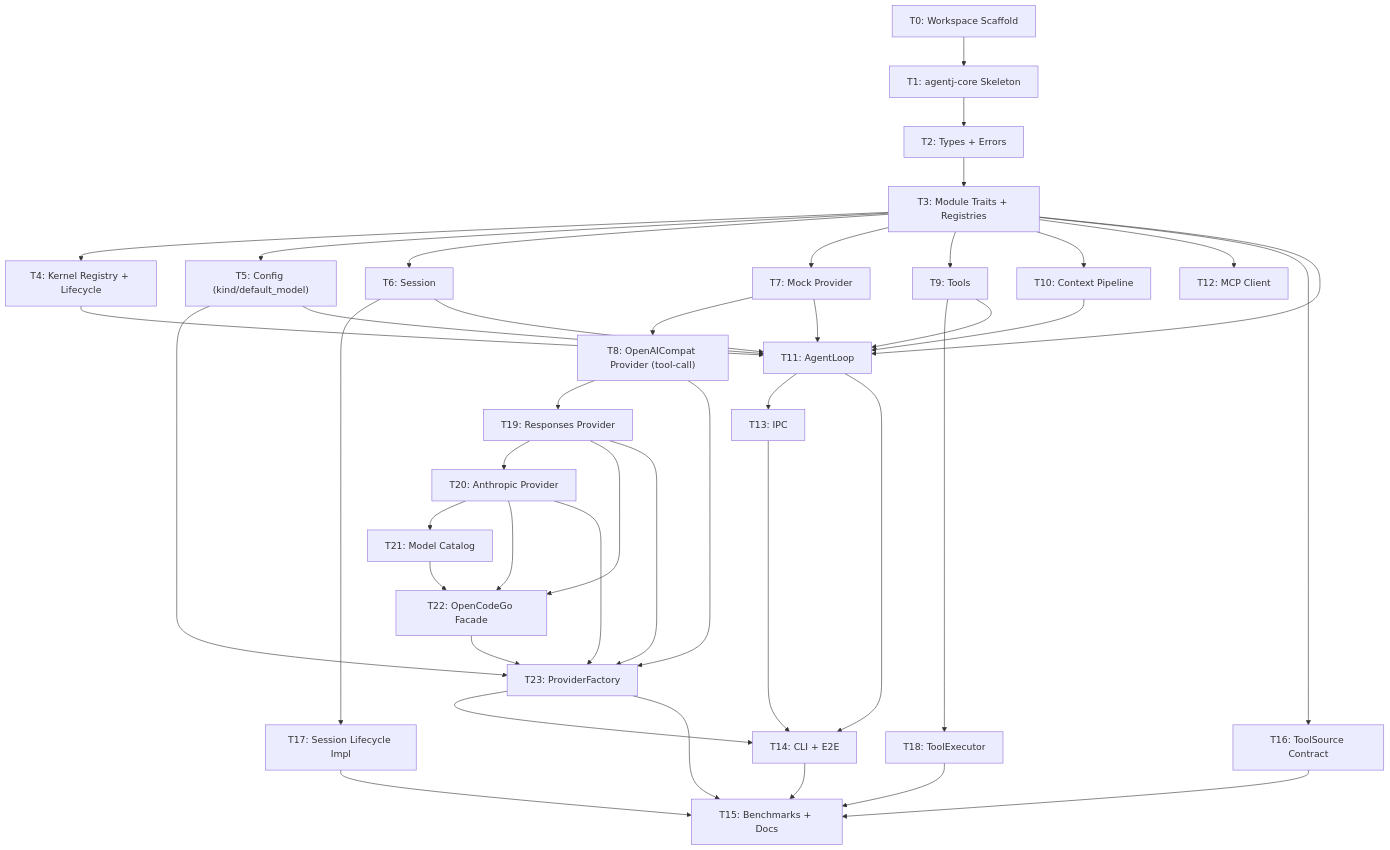
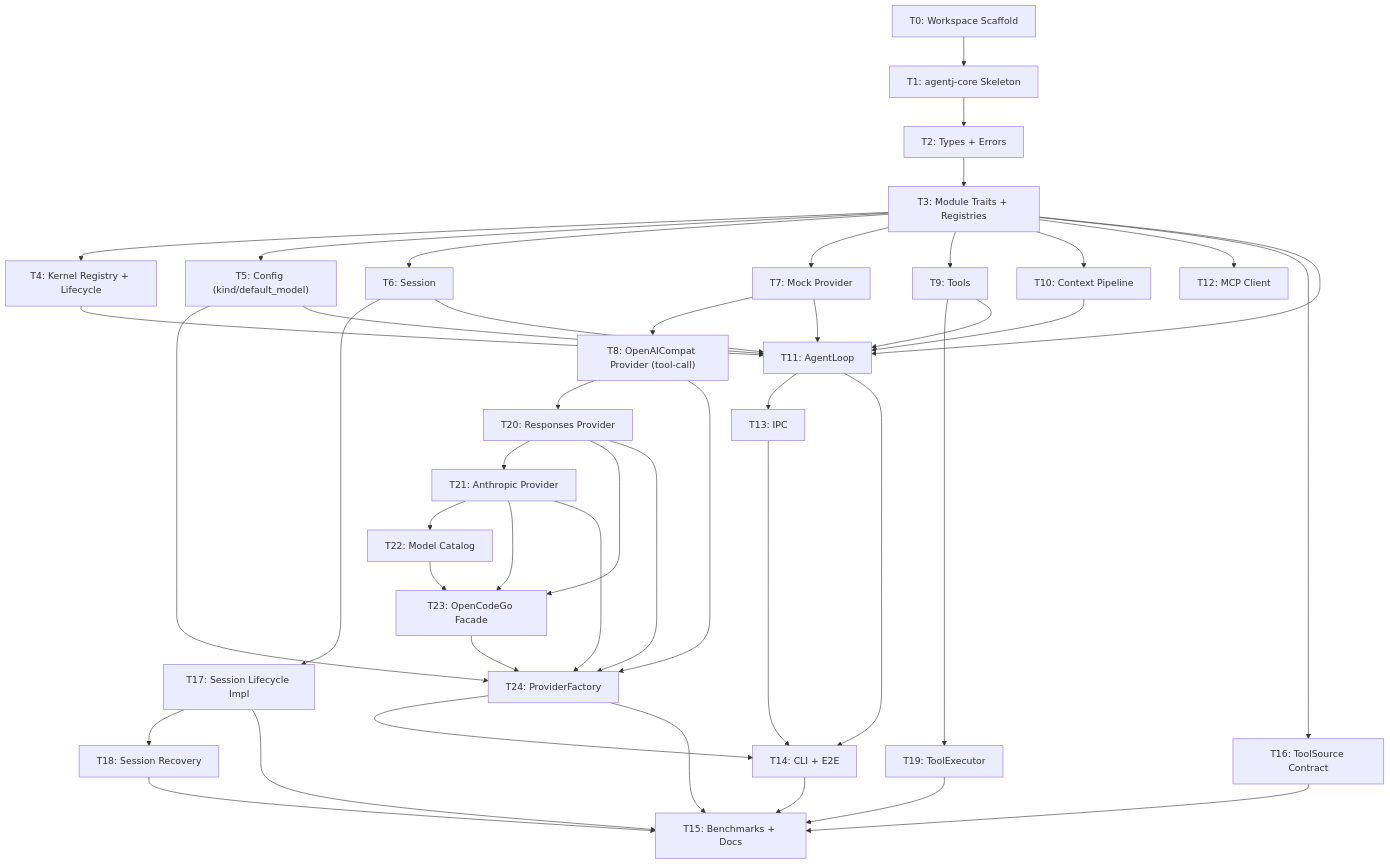
The diagram in docs/superpowers/plans/2026-08-09-agentj-v0.1-plan.md (JeillZhang/agentj), drawn with Mermaid before and after one commit. The commit also changed other lines of this file and 1 other file, not shown here.

First line of the commit message:
docs: add session recovery contract to v0.1 design and plan

````diff
--- a/docs/superpowers/plans/2026-08-09-agentj-v0.1-plan.md
+++ b/docs/superpowers/plans/2026-08-09-agentj-v0.1-plan.md
@@ -5245,44 +5444,46 @@
 ```mermaid
 graph TD
     T0["T0: Workspace Scaffold"] --> T1["T1: agentj-core Skeleton"]
     T1 --> T2["T2: Types + Errors"]
     T2 --> T3["T3: Module Traits + Registries"]
     T3 --> T4["T4: Kernel Registry + Lifecycle"]
     T3 --> T5["T5: Config (kind/default_model)"]
     T3 --> T6["T6: Session"]
     T3 --> T7["T7: Mock Provider"]
     T3 --> T9["T9: Tools"]
     T3 --> T10["T10: Context Pipeline"]
     T3 --> T12["T12: MCP Client"]
     T3 --> T16["T16: ToolSource Contract"]
     T6 --> T17["T17: Session Lifecycle Impl"]
-    T9 --> T18["T18: ToolExecutor"]
+    T17 --> T18["T18: Session Recovery"]
+    T9 --> T19["T19: ToolExecutor"]
     T7 --> T8["T8: OpenAICompat Provider (tool-call)"]
-    T8 --> T19["T19: Responses Provider"]
-    T19 --> T20["T20: Anthropic Provider"]
-    T20 --> T21["T21: Model Catalog"]
-    T21 --> T22["T22: OpenCodeGo Facade"]
-    T19 --> T22
-    T20 --> T22
-    T5 --> T23["T23: ProviderFactory"]
-    T8 --> T23
-    T19 --> T23
+    T8 --> T20["T20: Responses Provider"]
+    T20 --> T21["T21: Anthropic Provider"]
+    T21 --> T22["T22: Model Catalog"]
+    T22 --> T23["T23: OpenCodeGo Facade"]
     T20 --> T23
-    T22 --> T23
+    T21 --> T23
+    T5 --> T24["T24: ProviderFactory"]
+    T8 --> T24
+    T20 --> T24
+    T21 --> T24
+    T23 --> T24
     T4 --> T11["T11: AgentLoop"]
     T3 --> T11
     T5 --> T11
     T6 --> T11
     T7 --> T11
     T9 --> T11
     T10 --> T11
     T11 --> T13["T13: IPC"]
     T11 --> T14["T14: CLI + E2E"]
-    T23 --> T14
+    T24 --> T14
     T13 --> T14
     T14 --> T15["T15: Benchmarks + Docs"]
     T16 --> T15
     T17 --> T15
     T18 --> T15
-    T23 --> T15
+    T19 --> T15
+    T24 --> T15
 ```
````
